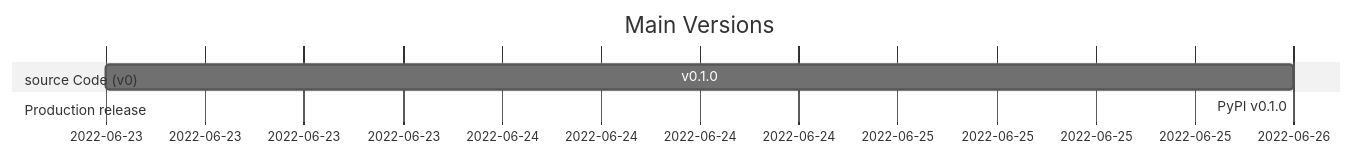
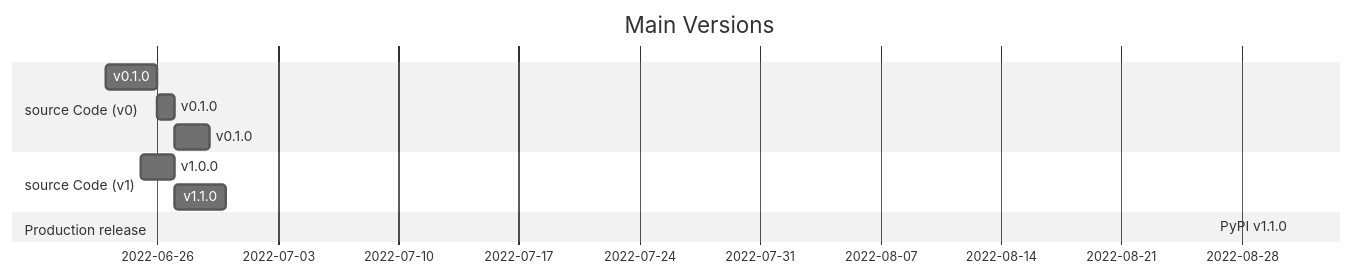
One commit to ThomasByr/tf-gan changed the diagram in README.md. Above: the diagram before and after it, drawn with Mermaid (neutral theme). The commit also changed other lines of this file, not shown here.

````diff
--- a/README.md
+++ b/README.md
@@ -97,11 +113,17 @@
 ```mermaid
 gantt
     title Main Versions
     dateFormat YYYY-MM-DD
 
     section source Code (v0)
     v0.1.0 : 2022-06-23, 3d
+    v0.1.0 :             1d
+    v0.1.0 :             2d
+
+    section source Code (v1)
+    v1.0.0 : 2022-06-25, 2d
+    v1.1.0 :             3d
 
     section Production release
-    PyPI v0.1.0 : 2022-06-26, 0d
+    PyPI v1.1.0 : 2022-08-31, 0d
 ```
````
